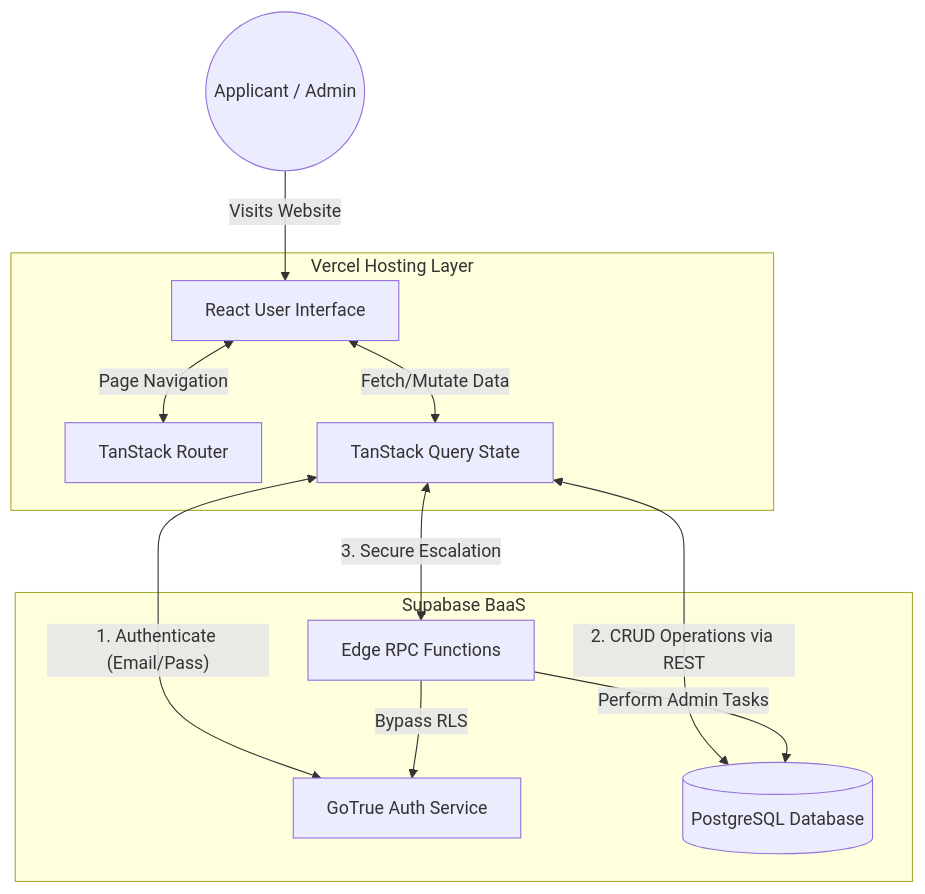
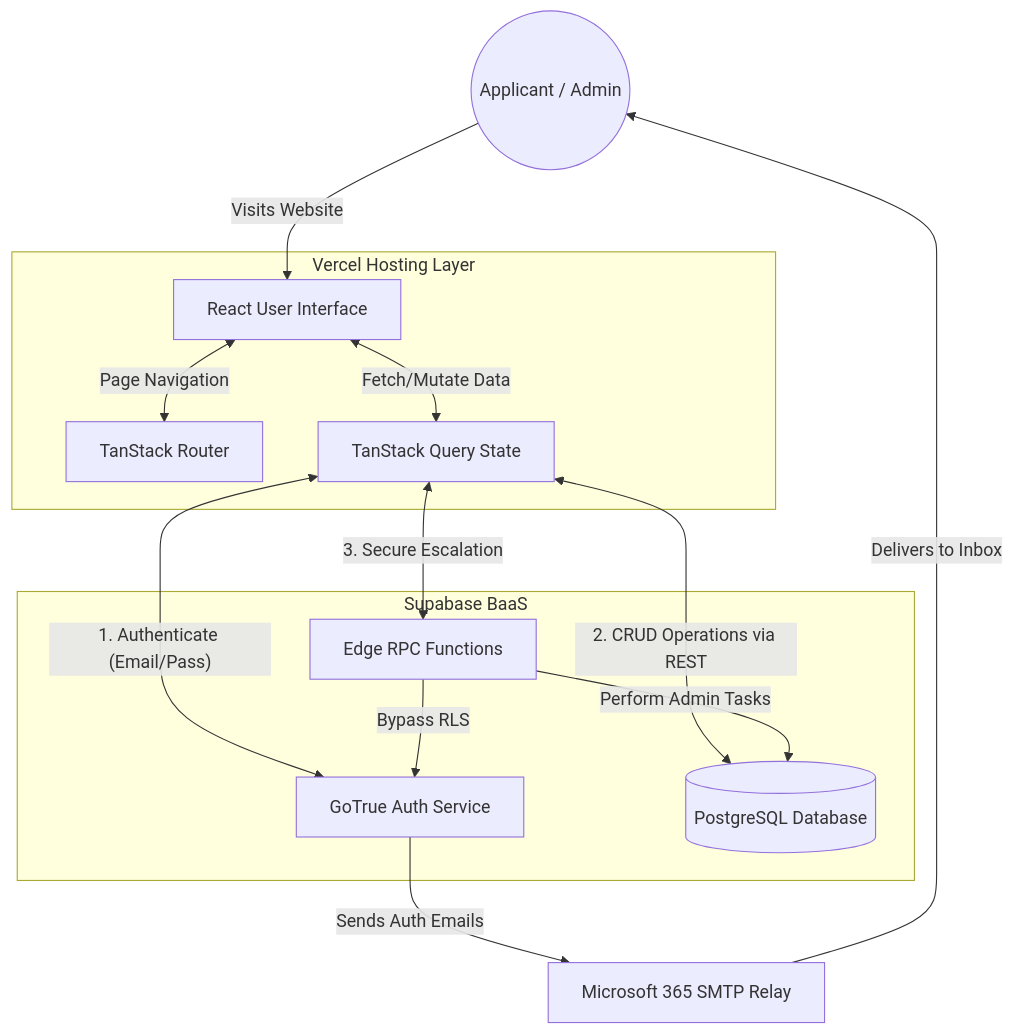
Before and after one commit to djhizon/sss_sql: the first of 3 diagrams in technical_documentation.md, drawn with Mermaid. The commit also changed other lines of this file, not shown here.

Commit message:
docs: update technical documentation to include Microsoft 365 SMTP Relay in system flow and email delivery process

````diff
--- a/technical_documentation.md
+++ b/technical_documentation.md
@@ -9,31 +9,36 @@
 ```mermaid
 flowchart TD
     %% Entities
     User((Applicant / Admin))
     
     %% Hosting & Frontend
     subgraph Frontend [Vercel Hosting Layer]
         UI[React User Interface]
         ClientRouting[TanStack Router]
         DataState[TanStack Query State]
     end
     
     %% Backend Services
     subgraph Backend [Supabase BaaS]
         Auth[GoTrue Auth Service]
         DB[(PostgreSQL Database)]
         RPC[Edge RPC Functions]
     end
+    
+    %% External Services
+    Microsoft[Microsoft 365 SMTP Relay]
 
     %% Flow
     User -->|Visits Website| UI
     UI <-->|Page Navigation| ClientRouting
     UI <-->|Fetch/Mutate Data| DataState
     
     %% Connections
     DataState <-->|"1. Authenticate (Email/Pass)"| Auth
     DataState <-->|2. CRUD Operations via REST| DB
     DataState <-->|3. Secure Escalation| RPC
     RPC -->|Perform Admin Tasks| DB
     RPC -->|Bypass RLS| Auth
+    Auth -->|Sends Auth Emails| Microsoft
+    Microsoft -->|Delivers to Inbox| User
 ```
````
